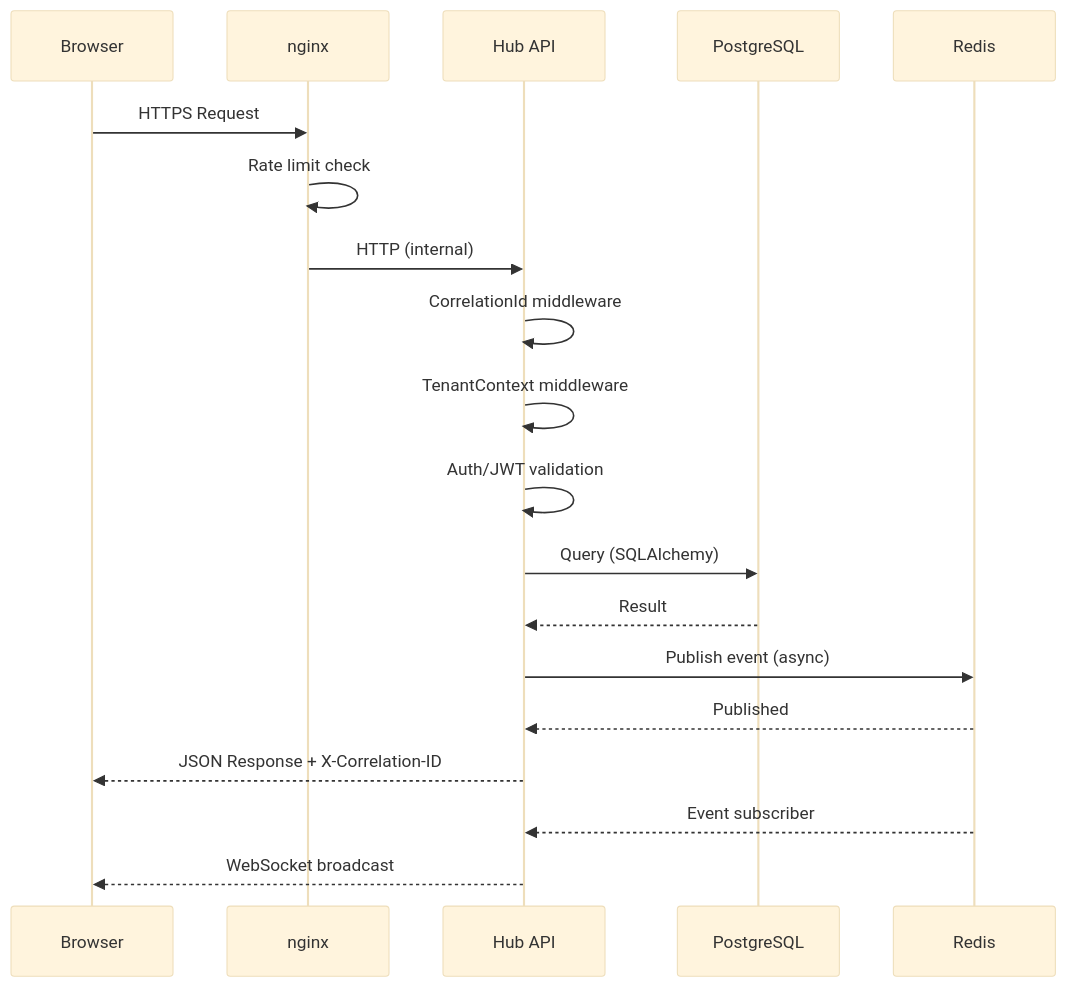
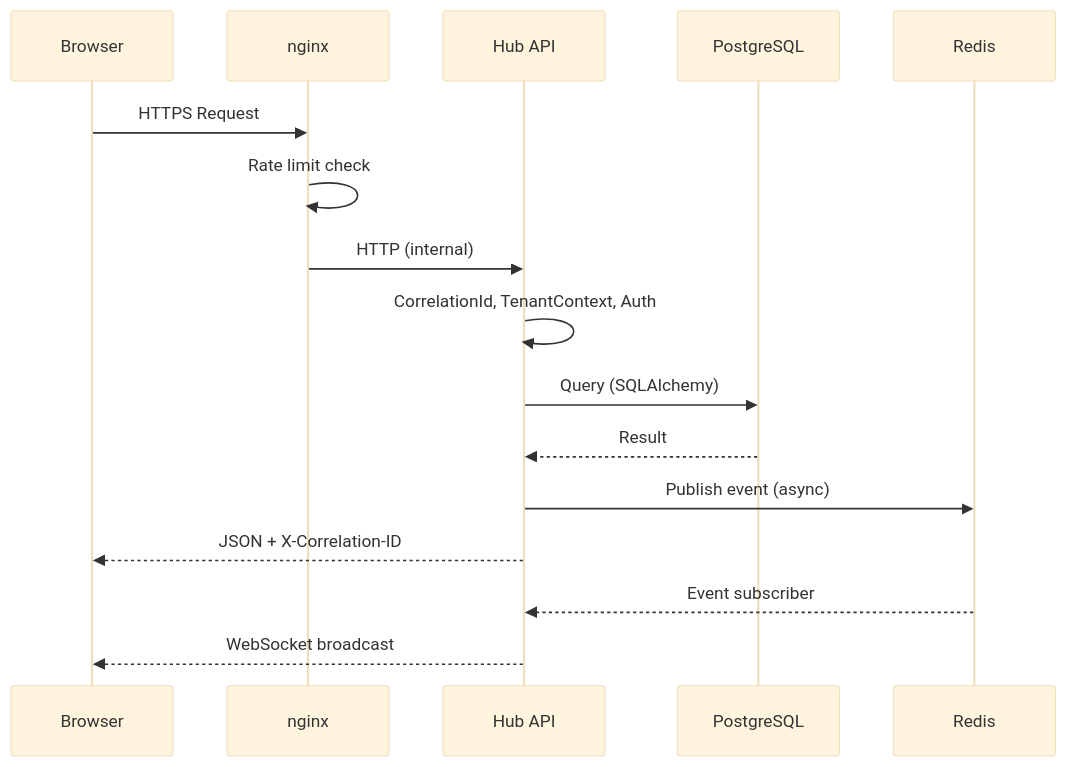
The second of 3 diagrams in docs/architecture/system-overview.md (sanjayrkshetty/presales-hub), drawn with Mermaid (base theme) before and after one commit. The commit also changed other lines of this file and 21 other files, not shown here.

First line of the commit message:
docs: align architecture with G1 / Post-G1 reality (#8)

````diff
--- a/docs/architecture/system-overview.md
+++ b/docs/architecture/system-overview.md
@@ -70,22 +73,19 @@
 ```mermaid
 sequenceDiagram
     participant B as Browser
     participant N as nginx
     participant A as Hub API
     participant DB as PostgreSQL
     participant R as Redis
 
     B->>N: HTTPS Request
     N->>N: Rate limit check
     N->>A: HTTP (internal)
-    A->>A: CorrelationId middleware
-    A->>A: TenantContext middleware
-    A->>A: Auth/JWT validation
+    A->>A: CorrelationId, TenantContext, Auth
     A->>DB: Query (SQLAlchemy)
     DB-->>A: Result
     A->>R: Publish event (async)
-    R-->>A: Published
-    A-->>B: JSON Response + X-Correlation-ID
+    A-->>B: JSON + X-Correlation-ID
     R-->>A: Event subscriber
     A-->>B: WebSocket broadcast
 ```
````
